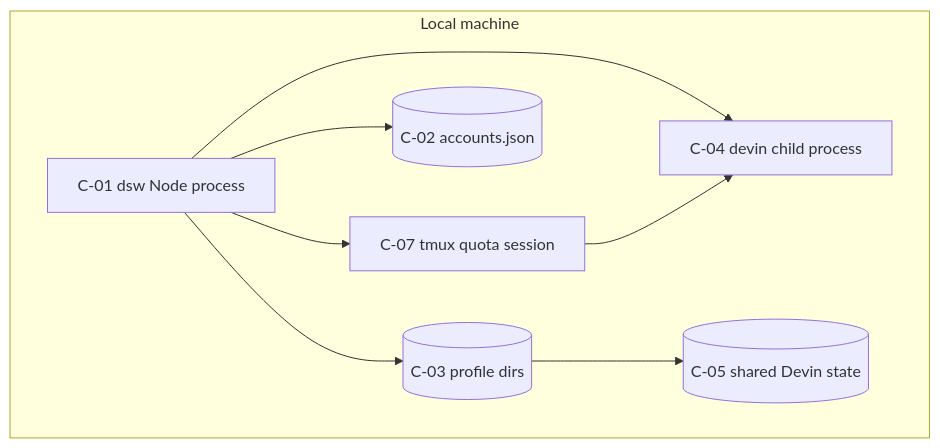
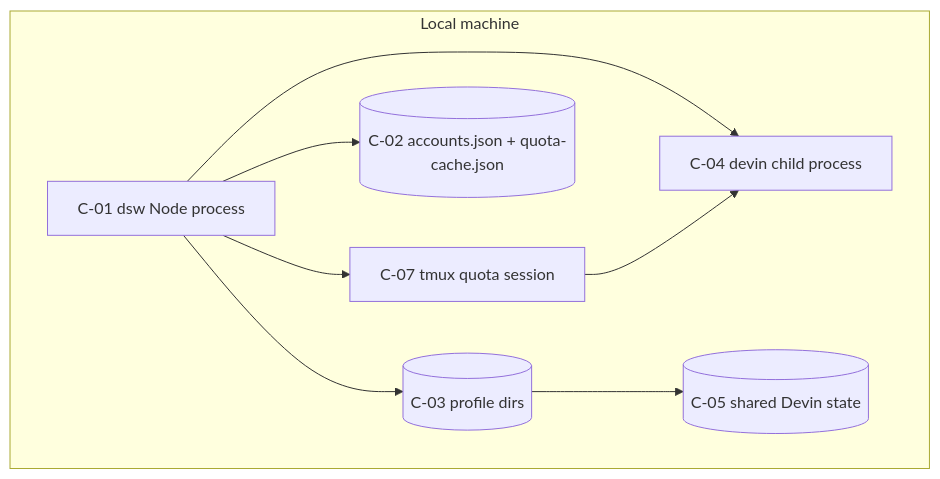
The sixth of 6 diagrams in docs/ARCHITECTURE.md (itsddvn/dws), drawn with Mermaid before and after one commit. The commit also changed other lines of this file and 9 other files, not shown here.

````diff
--- a/docs/ARCHITECTURE.md
+++ b/docs/ARCHITECTURE.md
@@ -251,17 +254,17 @@
 ```mermaid
 flowchart TB
     subgraph Host["Local machine"]
         dsw[C-01 dsw Node process]
         devin[C-04 devin child process]
         tmux[C-07 tmux quota session]
-        store[(C-02 accounts.json)]
+        store[(C-02 accounts.json + quota-cache.json)]
         profiles[(C-03 profile dirs)]
         shared[(C-05 shared Devin state)]
     end
     dsw --> devin
     dsw --> tmux
     tmux --> devin
     dsw --> store
     dsw --> profiles
     profiles --> shared
 ```
````
